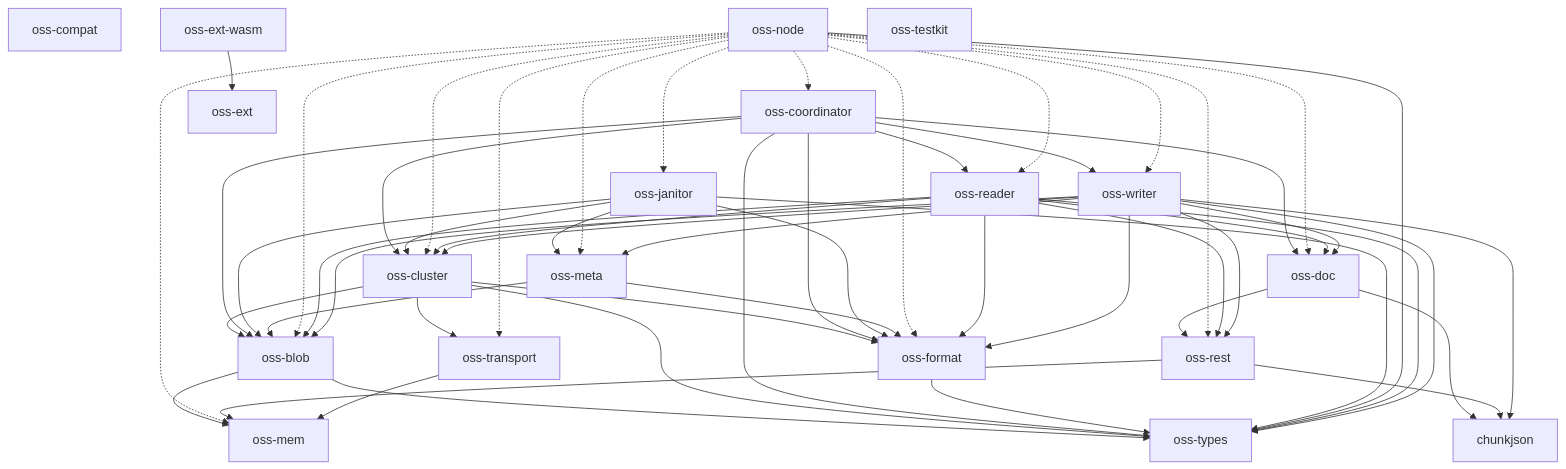
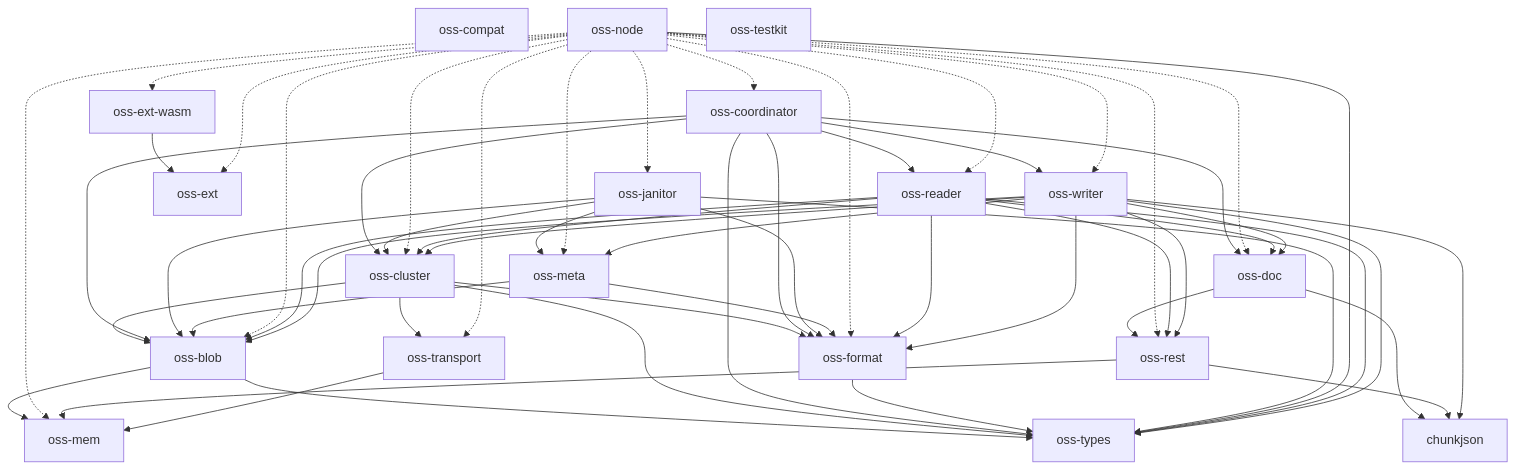
The diagram in docs/architecture.md (huyz0/opensearch-serverless), drawn with Mermaid before and after one commit. The commit also changed 22 other files, not shown here.

````diff
--- a/docs/architecture.md
+++ b/docs/architecture.md
@@ -10,63 +10,65 @@
 ```mermaid
 graph TD
     chunkjson
     oss-blob --> oss-mem
     oss-blob --> oss-types
     oss-cluster --> oss-blob
     oss-cluster --> oss-format
     oss-cluster --> oss-transport
     oss-cluster --> oss-types
     oss-compat
     oss-coordinator --> oss-blob
     oss-coordinator --> oss-cluster
     oss-coordinator --> oss-doc
     oss-coordinator --> oss-format
     oss-coordinator --> oss-reader
     oss-coordinator --> oss-types
     oss-coordinator --> oss-writer
     oss-doc --> chunkjson
     oss-doc --> oss-rest
     oss-ext
     oss-ext-wasm --> oss-ext
     oss-format --> oss-types
     oss-janitor --> oss-blob
     oss-janitor --> oss-cluster
     oss-janitor --> oss-format
     oss-janitor --> oss-meta
     oss-janitor --> oss-types
     oss-mem
     oss-meta --> oss-blob
     oss-meta --> oss-format
     oss-node -.-> oss-blob
     oss-node -.-> oss-cluster
     oss-node -.-> oss-coordinator
     oss-node -.-> oss-doc
+    oss-node -.-> oss-ext
+    oss-node -.-> oss-ext-wasm
     oss-node -.-> oss-format
     oss-node -.-> oss-janitor
     oss-node -.-> oss-mem
     oss-node -.-> oss-meta
     oss-node -.-> oss-reader
     oss-node -.-> oss-rest
     oss-node -.-> oss-transport
     oss-node --> oss-types
     oss-node -.-> oss-writer
     oss-reader --> oss-blob
     oss-reader --> oss-cluster
     oss-reader --> oss-doc
     oss-reader --> oss-format
     oss-reader --> oss-rest
     oss-reader --> oss-types
     oss-rest --> chunkjson
     oss-rest --> oss-mem
     oss-testkit
     oss-transport --> oss-mem
     oss-types
     oss-writer --> chunkjson
     oss-writer --> oss-blob
     oss-writer --> oss-cluster
     oss-writer --> oss-doc
     oss-writer --> oss-format
     oss-writer --> oss-meta
     oss-writer --> oss-rest
     oss-writer --> oss-types
 ```
````
